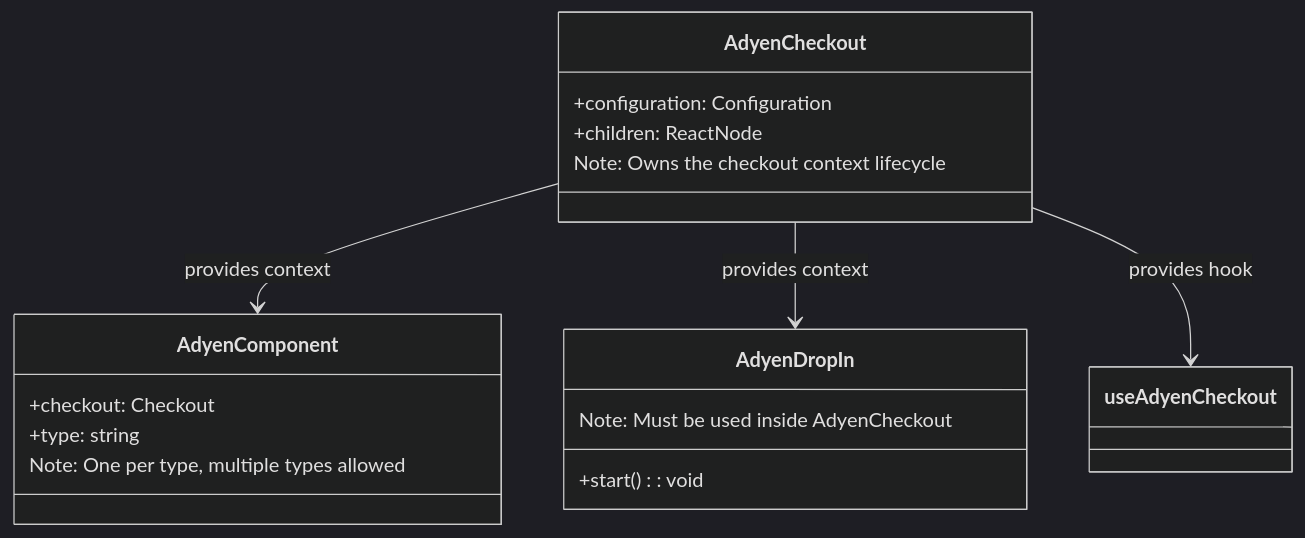
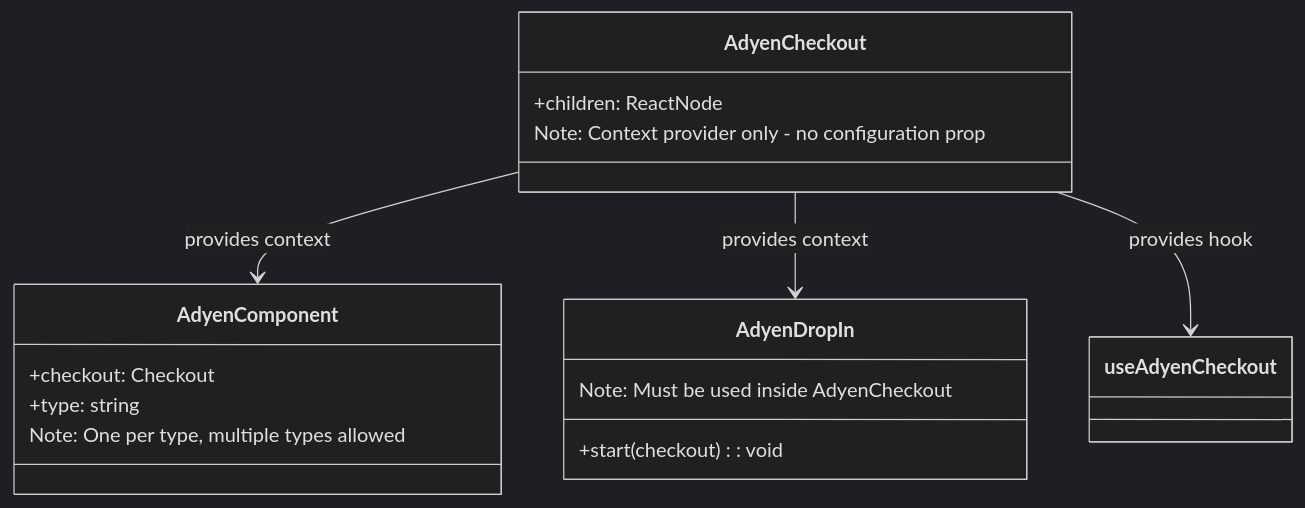
The second of 7 diagrams in docs/v6-public-api-proposal.md (Adyen/adyen-react-native), drawn with Mermaid (dark theme) before and after one commit. The commit also changed other lines of this file and 48 other files, not shown here.

````diff
--- a/docs/v6-public-api-proposal.md
+++ b/docs/v6-public-api-proposal.md
@@ -62,23 +64,22 @@
 ```mermaid
 classDiagram
     class AdyenCheckout {
-        +configuration: Configuration
         +children: ReactNode
-        Note: Owns the checkout context lifecycle
+        Note: Context provider only - no configuration prop
     }
 
     class AdyenComponent {
         +checkout: Checkout
         +type: string
         Note: One per type, multiple types allowed
     }
 
     class AdyenDropIn {
-        +start(): void
+        +start(checkout): void
         Note: Must be used inside AdyenCheckout
     }
 
     AdyenCheckout --> AdyenComponent : provides context
     AdyenCheckout --> AdyenDropIn : provides context
     AdyenCheckout --> useAdyenCheckout : provides hook
 ```
````
